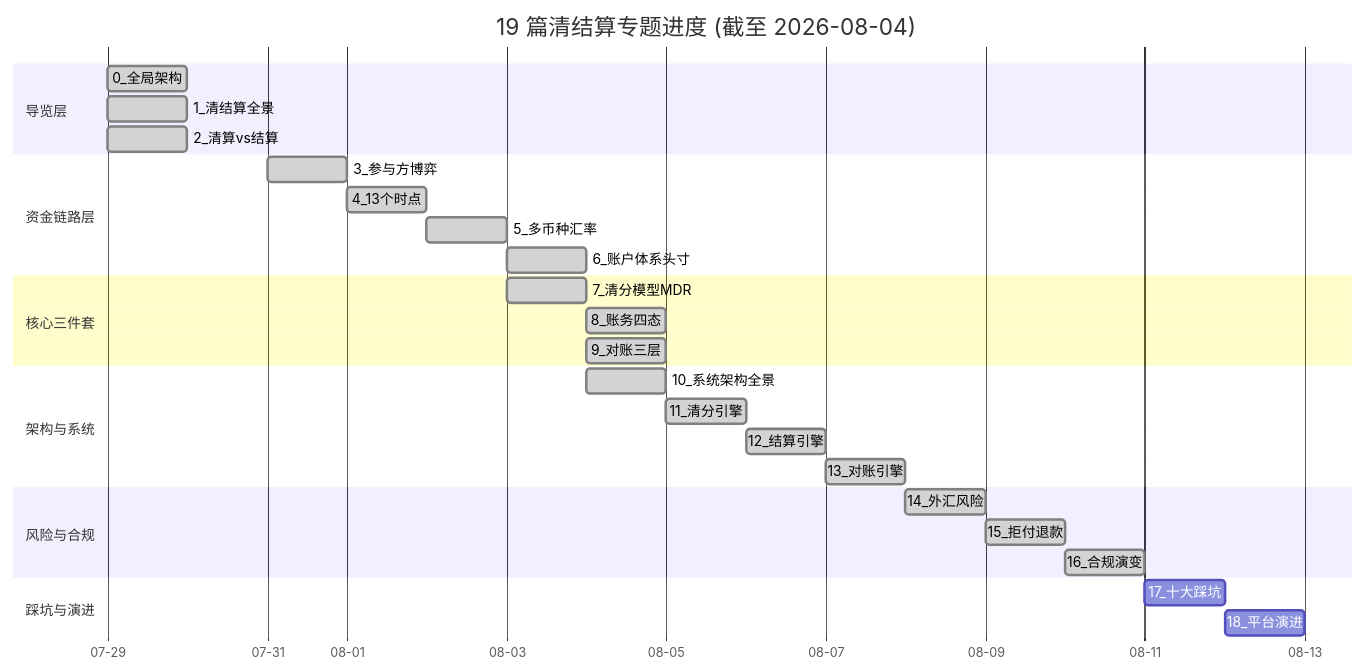
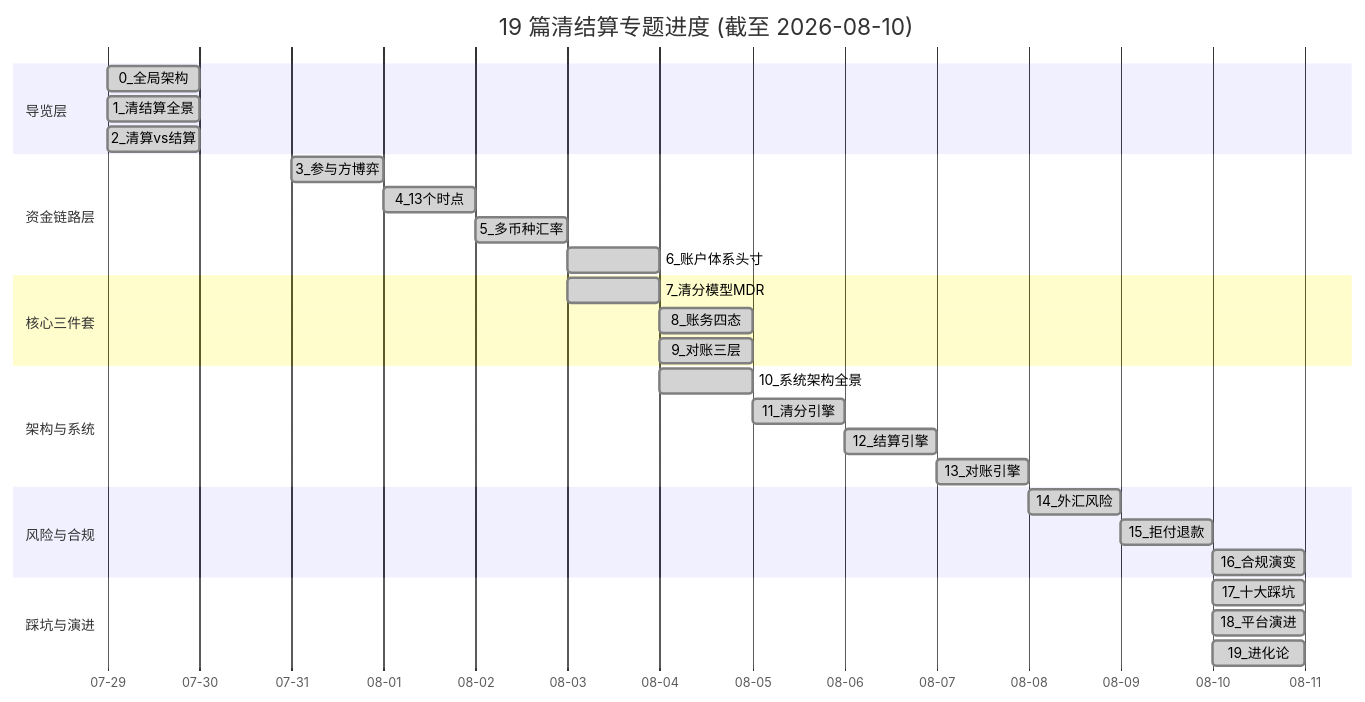
One commit to xiaobo1997/programmer-knowledge-graph changed the second of 2 diagrams in docs/biz/跨境支付/清结算体系/PROGRESS.md. Above: the diagram before and after it, drawn with Mermaid. The commit also changed other lines of this file and 5 other files, not shown here.

First line of the commit message:
feat(biz): 清结算 18+19 平台演进+进化论（清结算 19 篇收官 100%）

````diff
--- a/docs/biz/跨境支付/清结算体系/PROGRESS.md
+++ b/docs/biz/跨境支付/清结算体系/PROGRESS.md
@@ -176,37 +179,38 @@
 ```mermaid
 gantt
-    title 19 篇清结算专题进度 (截至 2026-08-04)
+    title 19 篇清结算专题进度 (截至 2026-08-10)
     dateFormat  YYYY-MM-DD
     axisFormat  %m-%d
 
     section 导览层
     0_全局架构           :done,    0-0, 2026-07-29, 1d
     1_清结算全景         :done,    0-1, 2026-07-29, 1d
     2_清算vs结算         :done,    0-2, 2026-07-29, 1d
 
     section 资金链路层
     3_参与方博弈         :done,    1-3, 2026-07-31, 1d
     4_13个时点           :done,    1-4, 2026-08-01, 1d
     5_多币种汇率         :done,    1-5, 2026-08-02, 1d
     6_账户体系头寸       :done,    1-6, 2026-08-03, 1d
 
     section 核心三件套
     7_清分模型MDR        :done,    2-7, 2026-08-03, 1d
     8_账务四态           :done,    2-8, 2026-08-04, 1d
     9_对账三层           :done,    2-9, 2026-08-04, 1d
 
     section 架构与系统
     10_系统架构全景       :done,    3-10, 2026-08-04, 1d
     11_清分引擎          :done,    3-11, 2026-08-05, 1d
     12_结算引擎          :done,    3-12, 2026-08-06, 1d
     13_对账引擎          :done,    3-13, 2026-08-07, 1d
 
     section 风险与合规
     14_外汇风险          :done,    4-14, 2026-08-08, 1d
     15_拒付退款          :done,    4-15, 2026-08-09, 1d
     16_合规演变          :done,    4-16, 2026-08-10, 1d
 
     section 踩坑与演进
-    17_十大踩坑          :         5-17, after 4-16, 1d
-    18_平台演进          :         5-18, after 5-17, 1d
+    17_十大踩坑          :done,    5-17, 2026-08-10, 1d
+    18_平台演进          :done,    5-18, 2026-08-10, 1d
+    19_进化论            :done,    5-19, 2026-08-10, 1d
 ```
````
